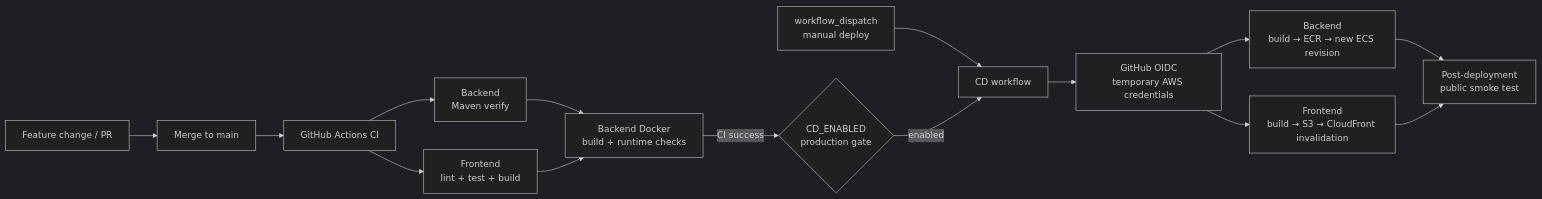
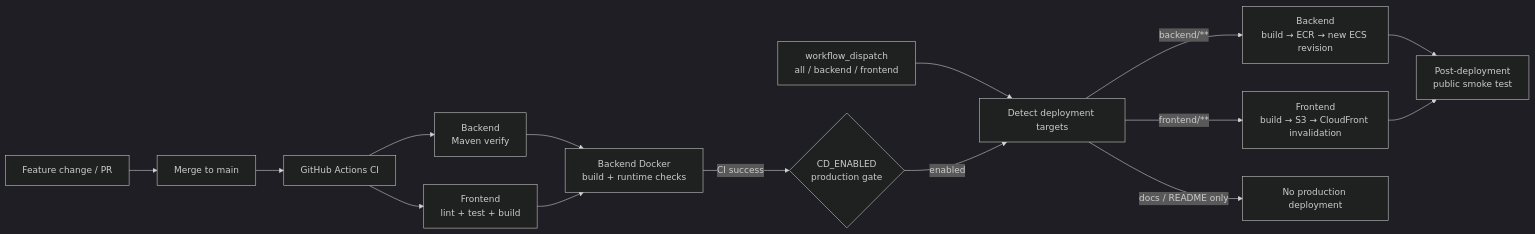
The fourth of 4 diagrams in README.md (chen980729/aws-spring-personality-test), drawn with Mermaid (dark theme) before and after one commit. The commit also changed other lines of this file and 4 other files, not shown here.

Commit message:
ci(cd): deploy only changed application areas

````diff
--- a/README.md
+++ b/README.md
@@ -202,20 +202,21 @@
 ```mermaid
 flowchart LR
     Dev["Feature change / PR"] --> Main["Merge to main"]
     Main --> CI["GitHub Actions CI"]
 
     CI --> BTest["Backend<br/>Maven verify"]
     CI --> FTest["Frontend<br/>lint + test + build"]
     BTest --> DockerCheck["Backend Docker<br/>build + runtime checks"]
     FTest --> DockerCheck
 
     DockerCheck -->|"CI success"| Gate{"CD_ENABLED<br/>production gate"}
-    Manual["workflow_dispatch<br/>manual deploy"] --> CD["CD workflow"]
-    Gate -->|"enabled"| CD
+    Manual["workflow_dispatch<br/>all / backend / frontend"] --> Detect["Detect deployment targets"]
+    Gate -->|"enabled"| Detect
 
-    CD --> OIDC["GitHub OIDC<br/>temporary AWS credentials"]
-    OIDC --> BackendDeploy["Backend<br/>build → ECR → new ECS revision"]
-    OIDC --> FrontendDeploy["Frontend<br/>build → S3 → CloudFront invalidation"]
+    Detect -->|"backend/**"| BackendDeploy["Backend<br/>build → ECR → new ECS revision"]
+    Detect -->|"frontend/**"| FrontendDeploy["Frontend<br/>build → S3 → CloudFront invalidation"]
+    Detect -->|"docs / README only"| Skip["No production deployment"]
+
     BackendDeploy --> Smoke["Post-deployment<br/>public smoke test"]
     FrontendDeploy --> Smoke
 ```
````
